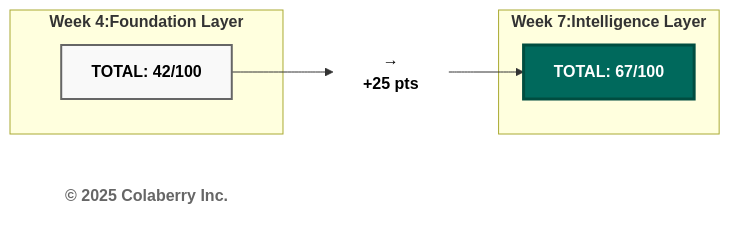
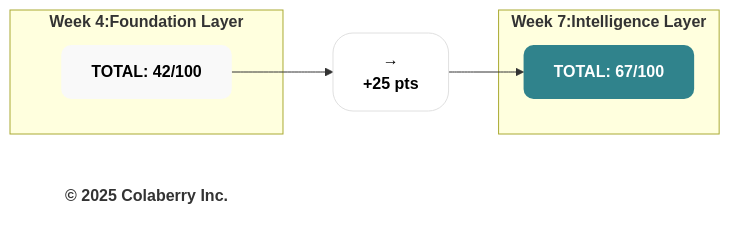
One commit to saitejesh-cyber/trust-before-intelligence-book changed diagram 12 of 13 in manuscript/06_chapter_5_intelligence_layers.md. Above: the diagram before and after it, drawn with Mermaid. The commit also changed other lines of this file and 7 other files, not shown here.

Commit message:
Chapter 6to13: Updated mermaid diagrams based on new colaberry color code

````diff
--- a/manuscript/06_chapter_5_intelligence_layers.md
+++ b/manuscript/06_chapter_5_intelligence_layers.md
@@ -1121,22 +1131,22 @@
 ```mermaid
 graph LR
     subgraph "<b>Week 4:Foundation Layer</b>"
         W4_TOTAL["<b>TOTAL: 42/100</b>"]
     end
     
     ARROW["<b>→</b><br/><b>+25 pts</b>"]
     
     subgraph "<b>Week 7:Intelligence Layer</b>"
         W7_TOTAL["<b>TOTAL: 67/100</b>"]
     end
     
     Copyright["<b>© 2025 Colaberry Inc.</b>"]
     
     W4_TOTAL --> ARROW
     ARROW --> W7_TOTAL
     
-    style W4_TOTAL fill:#f9f9f9,stroke:#666666,stroke-width:2px,color:#000000
-    style ARROW fill:#ffffff,stroke:none,color:#000000
-    style W7_TOTAL fill:#00695c,color:#ffffff,stroke:#004d40,stroke-width:3px
-    style Copyright fill:#ffffff,stroke:none,color:#666666
+    style W4_TOTAL fill:#f9f9f9,stroke:none,color:#000000,rx:10,ry:10
+    style ARROW fill:#ffffff,stroke:#e0e0e0,stroke-width:1px,color:#000000,rx:20,ry:20
+    style W7_TOTAL fill:#30838C,stroke:none,color:#ffffff,rx:10,ry:10
+    style Copyright fill:none,stroke:none,color:#333333
 ```
````
